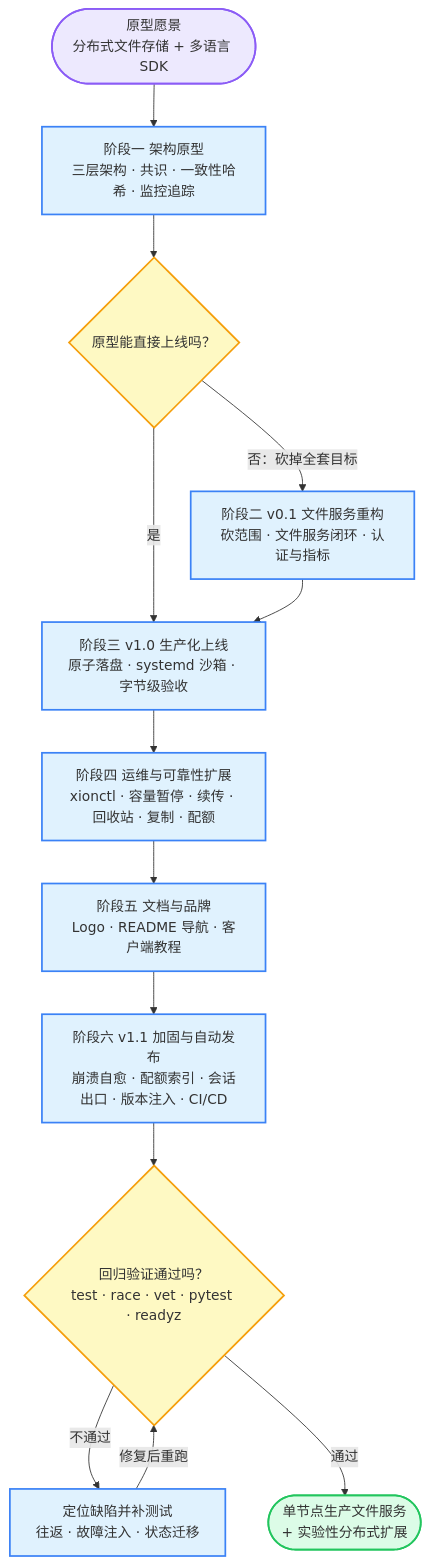
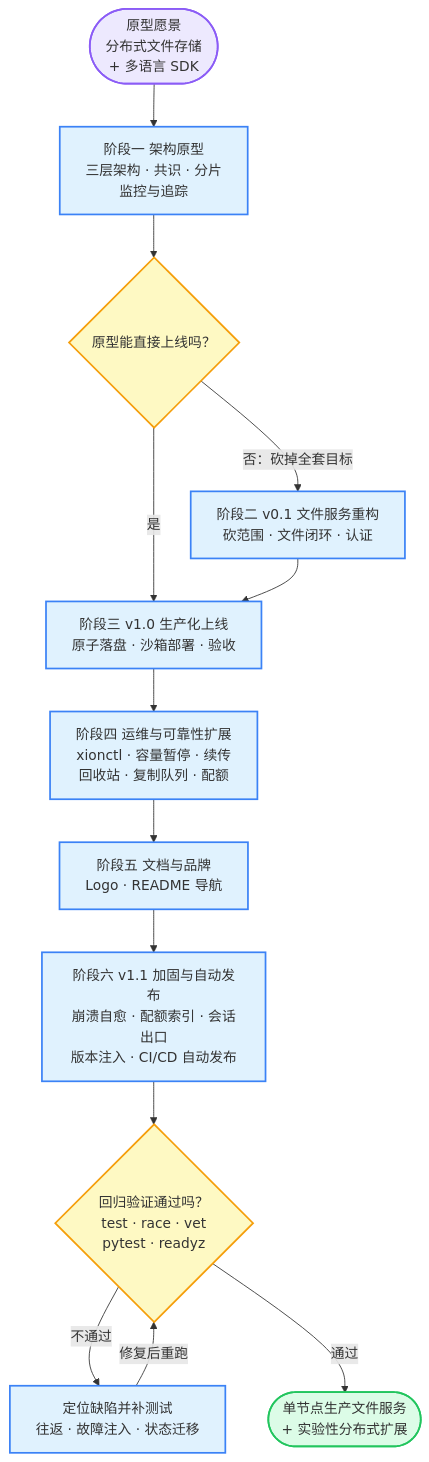
One commit to Kylinlixd/AstraStoreXion changed the third of 3 diagrams in 开发指南.md. Above: the diagram before and after it, drawn with Mermaid. The commit also changed other lines of this file, not shown here.

First line of the commit message:
docs: 优化两张甘特图与流程图的渲染

````diff
--- a/开发指南.md
+++ b/开发指南.md
@@ -70,28 +71,28 @@
 ```mermaid
 graph TB
     classDef startend fill:#EDE9FE,stroke:#8B5CF6,stroke-width:2px
     classDef process fill:#E0F2FE,stroke:#3B82F6,stroke-width:2px
     classDef decision fill:#FEF9C3,stroke:#F59E0B,stroke-width:2px
     classDef result fill:#DCFCE7,stroke:#22C55E,stroke-width:2px
 
-    A(["原型愿景<br/>分布式文件存储 + 多语言 SDK"]):::startend
-    B["阶段一 架构原型<br/>三层架构 · 共识 · 一致性哈希 · 监控追踪"]:::process
+    A(["原型愿景<br/>分布式文件存储<br/>+ 多语言 SDK"]):::startend
+    B["阶段一 架构原型<br/>三层架构 · 共识 · 分片<br/>监控与追踪"]:::process
     C{"原型能直接上线吗？"}:::decision
-    D["阶段二 v0.1 文件服务重构<br/>砍范围 · 文件服务闭环 · 认证与指标"]:::process
-    E["阶段三 v1.0 生产化上线<br/>原子落盘 · systemd 沙箱 · 字节级验收"]:::process
-    F["阶段四 运维与可靠性扩展<br/>xionctl · 容量暂停 · 续传 · 回收站 · 复制 · 配额"]:::process
-    G["阶段五 文档与品牌<br/>Logo · README 导航 · 客户端教程"]:::process
-    H["阶段六 v1.1 加固与自动发布<br/>崩溃自愈 · 配额索引 · 会话出口 · 版本注入 · CI/CD"]:::process
-    I{"回归验证通过吗？<br/>test · race · vet · pytest · readyz"}:::decision
+    D["阶段二 v0.1 文件服务重构<br/>砍范围 · 文件闭环 · 认证"]:::process
+    E["阶段三 v1.0 生产化上线<br/>原子落盘 · 沙箱部署 · 验收"]:::process
+    F["阶段四 运维与可靠性扩展<br/>xionctl · 容量暂停 · 续传<br/>回收站 · 复制队列 · 配额"]:::process
+    G["阶段五 文档与品牌<br/>Logo · README 导航"]:::process
+    H["阶段六 v1.1 加固与自动发布<br/>崩溃自愈 · 配额索引 · 会话出口<br/>版本注入 · CI/CD 自动发布"]:::process
+    I{"回归验证通过吗？<br/>test · race · vet<br/>pytest · readyz"}:::decision
     J["定位缺陷并补测试<br/>往返 · 故障注入 · 状态迁移"]:::process
     K(["单节点生产文件服务<br/>+ 实验性分布式扩展"]):::result
 
     A --> B --> C
     C -->|否：砍掉全套目标| D
     C -->|是| E
     D --> E
     E --> F --> G --> H --> I
     I -->|不通过| J
     J -->|修复后重跑| I
     I -->|通过| K
 ```
````
